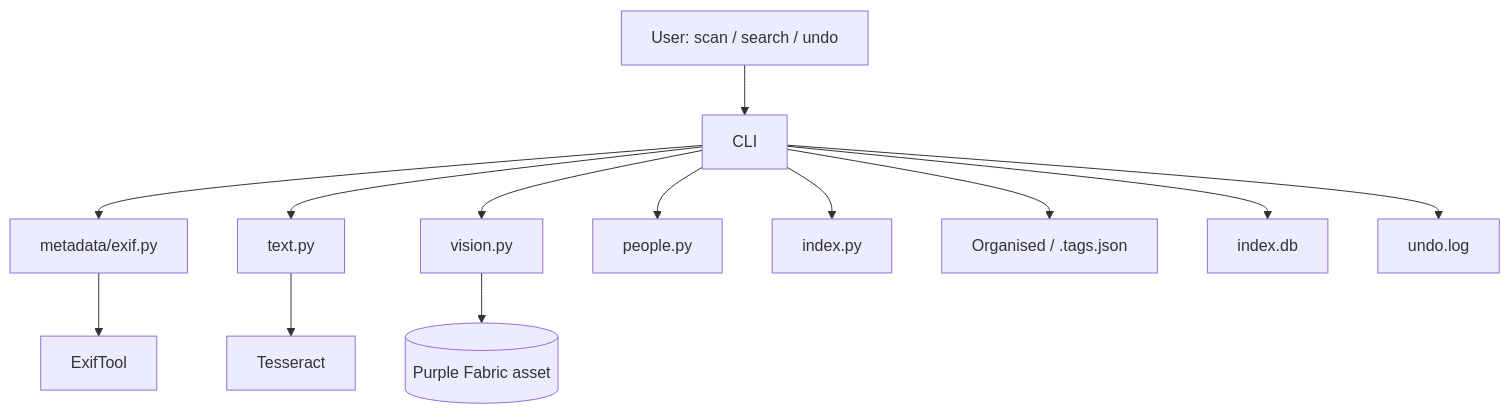
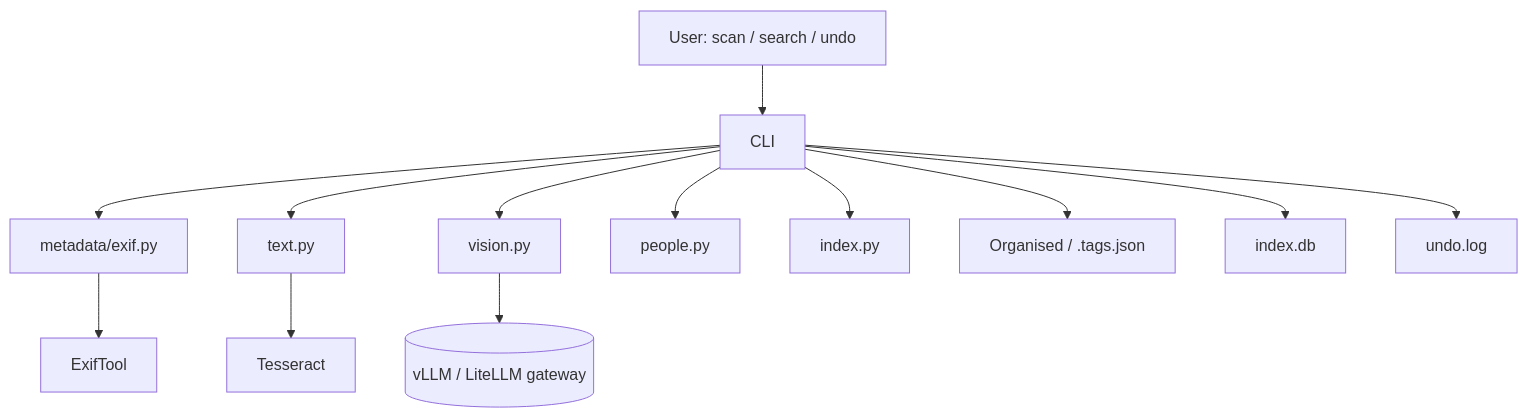
Before and after one commit to mohdhumaid/Photo-Archivist-Agent: the diagram in README.md, drawn with Mermaid. The commit also changed other lines of this file and 21 other files, not shown here.

Commit message:
Tag every face per image via persons_for_faces; remove Purple Fabric backend (llm.py); vision via vLLM/LiteLLM gateway; update README/docs

````diff
--- a/README.md
+++ b/README.md
@@ -437,15 +331,15 @@
 ```mermaid
 graph TD
     A[User: scan / search / undo] --> B[CLI]
     B --> C[metadata/exif.py]
     B --> D[text.py]
     B --> E[vision.py]
     B --> F[people.py]
     B --> G[index.py]
     C --> H[ExifTool]
     D --> I[Tesseract]
-    E --> J[(Purple Fabric asset)]
+    E --> J[(vLLM / LiteLLM gateway)]
     B --> K[Organised / .tags.json]
     B --> L[index.db]
     B --> M[undo.log]
 ```
````
